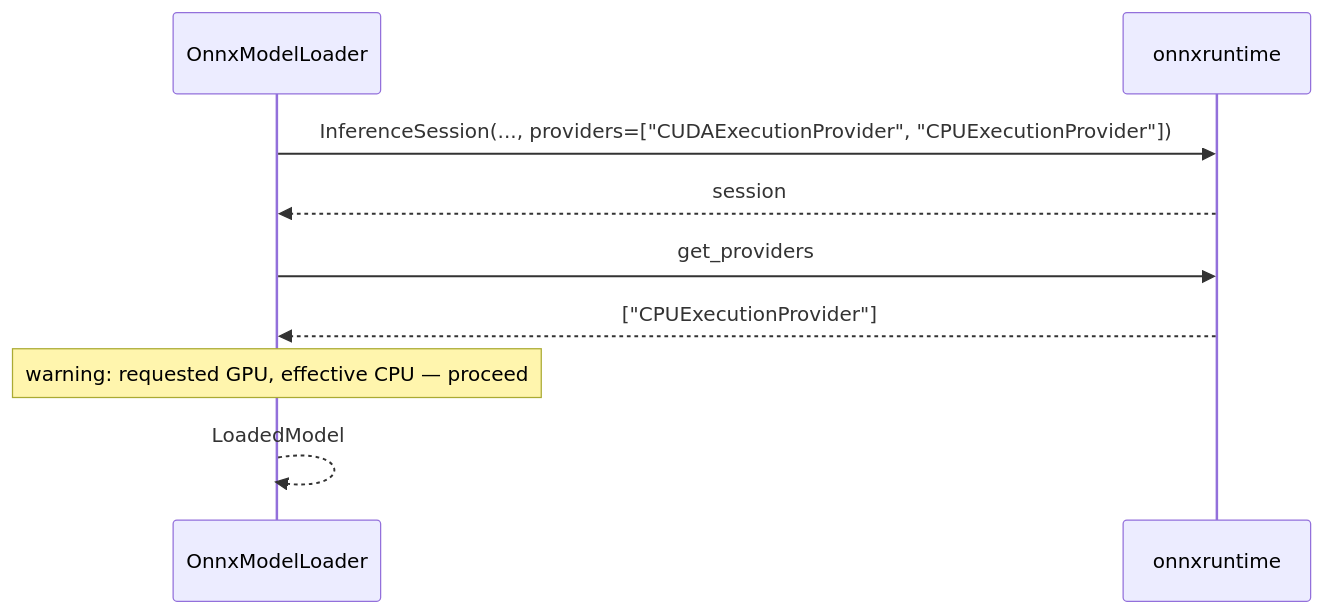
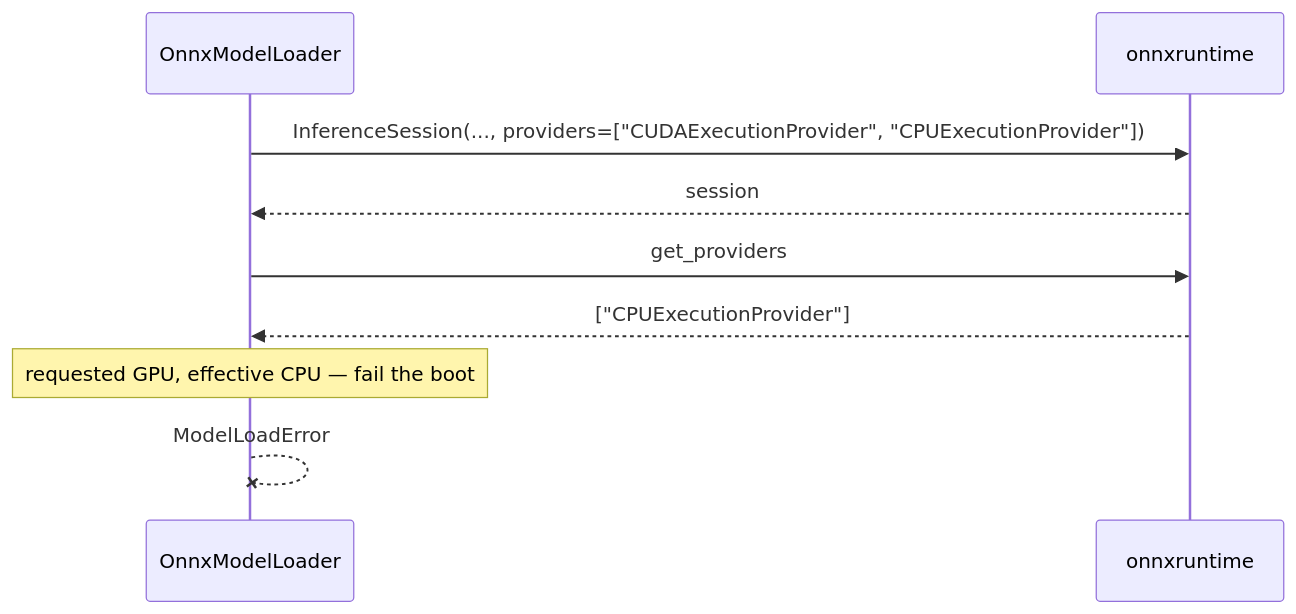
One commit to kunalPisolkar24/detectAI changed the fourth of 5 diagrams in services/inference/specifications/references/inference-model-loading.md. Above: the diagram before and after it, drawn with Mermaid. The commit also changed other lines of this file and 3 other files, not shown here.

````diff
--- a/services/inference/specifications/references/inference-model-loading.md
+++ b/services/inference/specifications/references/inference-model-loading.md
@@ -241,12 +242,12 @@
 ```mermaid
 sequenceDiagram
     participant L as OnnxModelLoader
     participant ORT as onnxruntime
 
     L->>ORT: InferenceSession(..., providers=["CUDAExecutionProvider", "CPUExecutionProvider"])
     ORT-->>L: session
     L->>ORT: get_providers
     ORT-->>L: ["CPUExecutionProvider"]
-    Note over L: warning: requested GPU, effective CPU — proceed
-    L-->>L: LoadedModel
+    Note over L: requested GPU, effective CPU — fail the boot
+    L--xL: ModelLoadError
 ```
````
